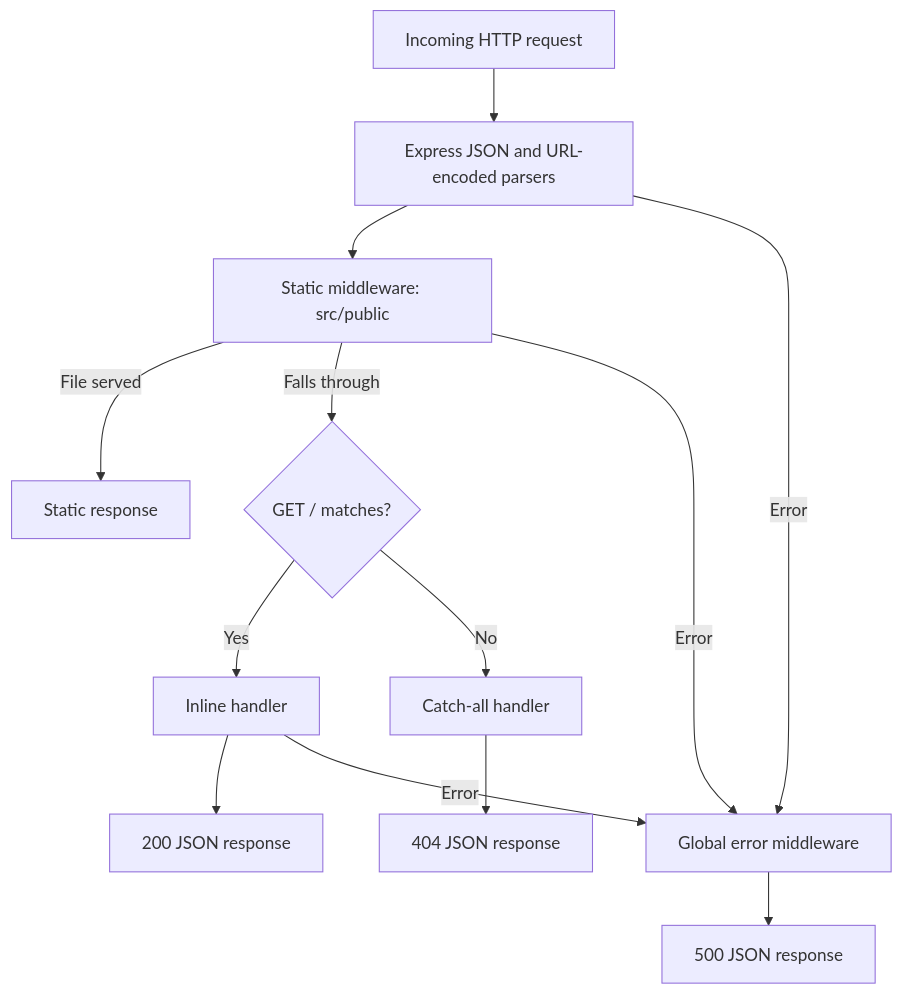
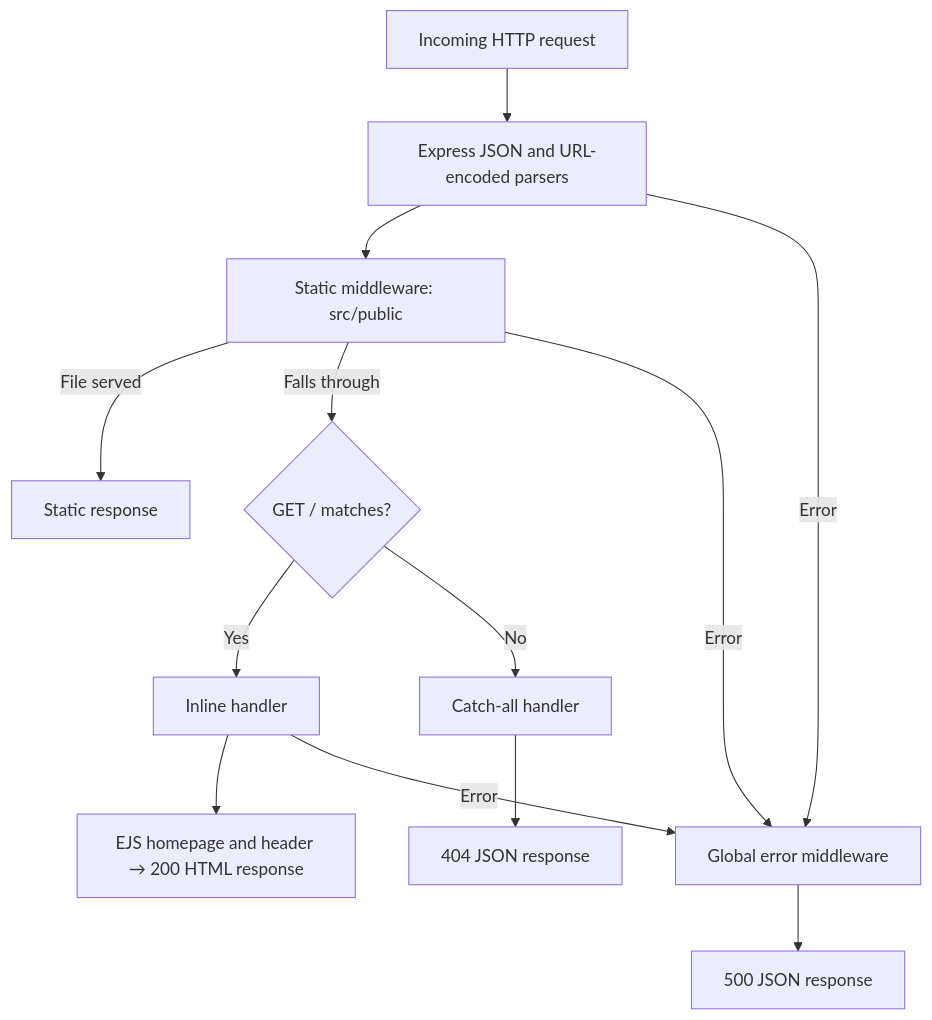
Before and after one commit to southnick225/portfolio_resurrection: the diagram in docs/architecture.md, drawn with Mermaid. The commit also changed other lines of this file and 8 other files, not shown here.

````diff
--- a/docs/architecture.md
+++ b/docs/architecture.md
@@ -54,15 +58,15 @@
 ```mermaid
 flowchart TD
     A[Incoming HTTP request] --> B[Express JSON and URL-encoded parsers]
     B --> C[Static middleware: src/public]
     C -->|File served| D[Static response]
     C -->|Falls through| E{GET / matches?}
     E -->|Yes| F[Inline handler]
-    F --> G[200 JSON response]
+    F --> G[EJS homepage and header → 200 HTML response]
     E -->|No| H[Catch-all handler]
     H --> I[404 JSON response]
     B -->|Error| J[Global error middleware]
     C -->|Error| J
     F -->|Error| J
     J --> K[500 JSON response]
 ```
````
